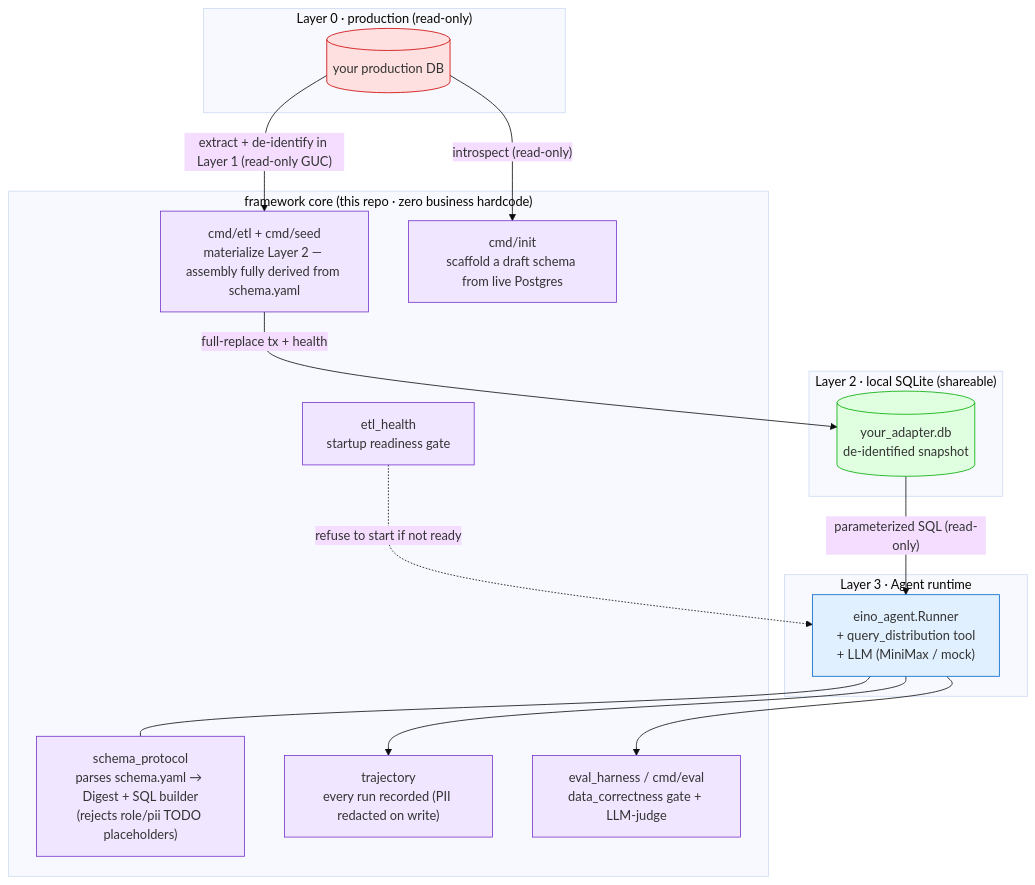
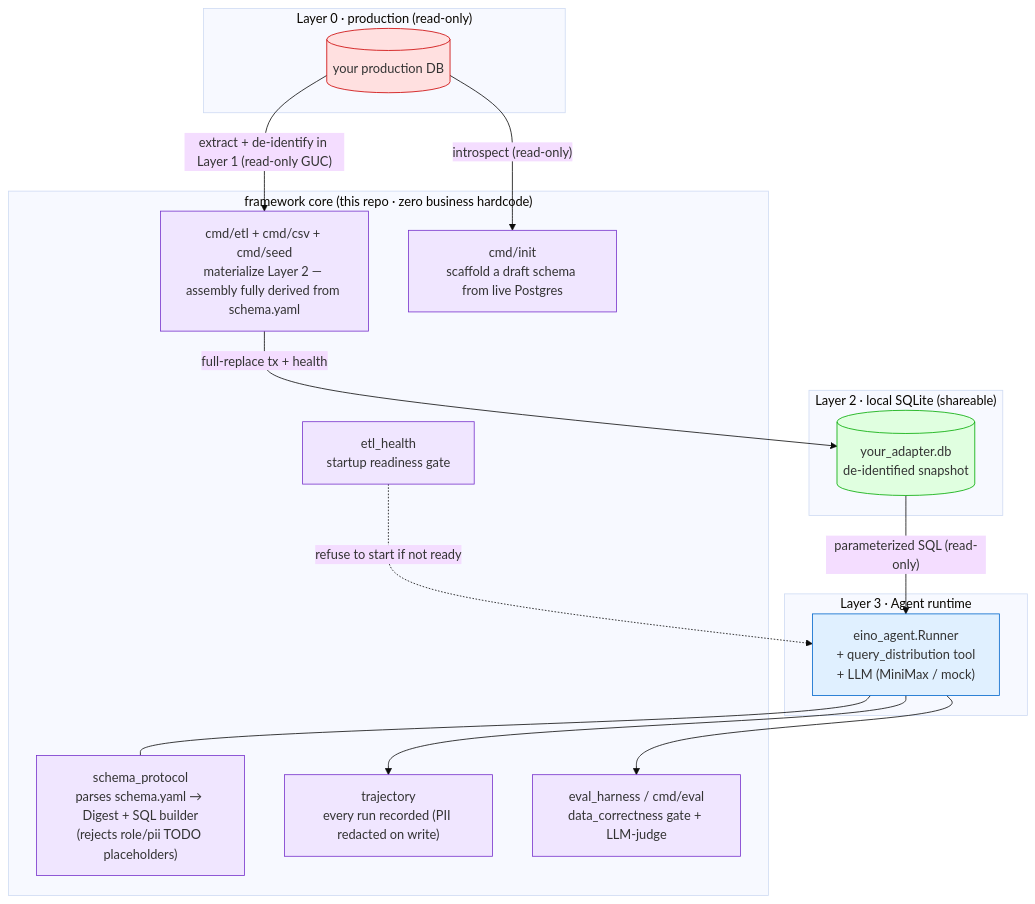
Before and after one commit to RuntianLee/schema-driven-insight-agent: the diagram in README.md, drawn with Mermaid (base theme). The commit also changed other lines of this file and 4 other files, not shown here.

````diff
--- a/README.md
+++ b/README.md
@@ -47,38 +50,38 @@
 ```mermaid
 flowchart TB
     subgraph L3["Layer 3 · Agent runtime"]
         AG["eino_agent.Runner<br/>+ query_distribution tool<br/>+ LLM (MiniMax / mock)"]
     end
     subgraph CORE["framework core (this repo · zero business hardcode)"]
         SP["schema_protocol<br/>parses schema.yaml → Digest + SQL builder<br/>(rejects role/pii TODO placeholders)"]
-        ETL["cmd/etl + cmd/seed<br/>materialize Layer 2 — assembly fully derived from schema.yaml"]
+        ETL["cmd/etl + cmd/csv + cmd/seed<br/>materialize Layer 2 — assembly fully derived from schema.yaml"]
         INIT["cmd/init<br/>scaffold a draft schema from live Postgres"]
         HE["etl_health<br/>startup readiness gate"]
         TR["trajectory<br/>every run recorded (PII redacted on write)"]
         EV["eval_harness / cmd/eval<br/>data_correctness gate + LLM-judge"]
     end
     subgraph L2["Layer 2 · local SQLite (shareable)"]
         DB[("your_adapter.db<br/>de-identified snapshot")]
     end
     subgraph L0["Layer 0 · production (read-only)"]
         PG[("your production DB")]
     end
 
     PG -->|"introspect (read-only)"| INIT
     PG -->|"extract + de-identify in Layer 1 (read-only GUC)"| ETL
     ETL -->|"full-replace tx + health"| DB
     DB -->|"parameterized SQL (read-only)"| AG
     HE -.->|"refuse to start if not ready"| AG
     AG --- SP
     AG --> TR
     AG --> EV
 
     classDef prod fill:#ffe0e0,stroke:#c00;
     classDef safe fill:#e0ffe0,stroke:#0a0;
     classDef agent fill:#e0f0ff,stroke:#06c;
     classDef core fill:#f0e6ff,stroke:#73c;
     class PG prod;
     class DB safe;
     class AG agent;
     class SP,ETL,INIT,HE,TR,EV core;
 ```
````
